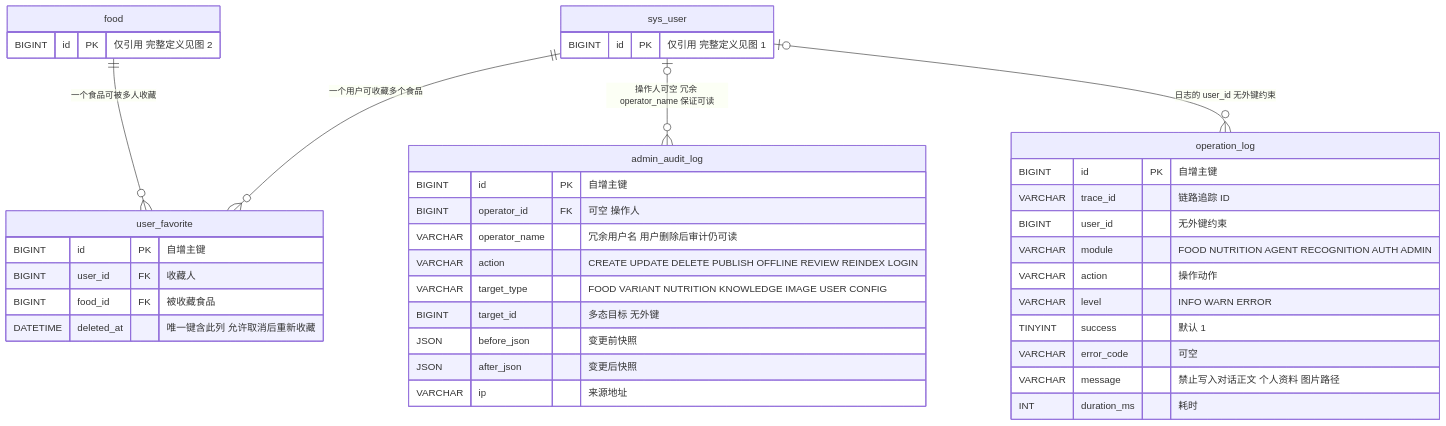
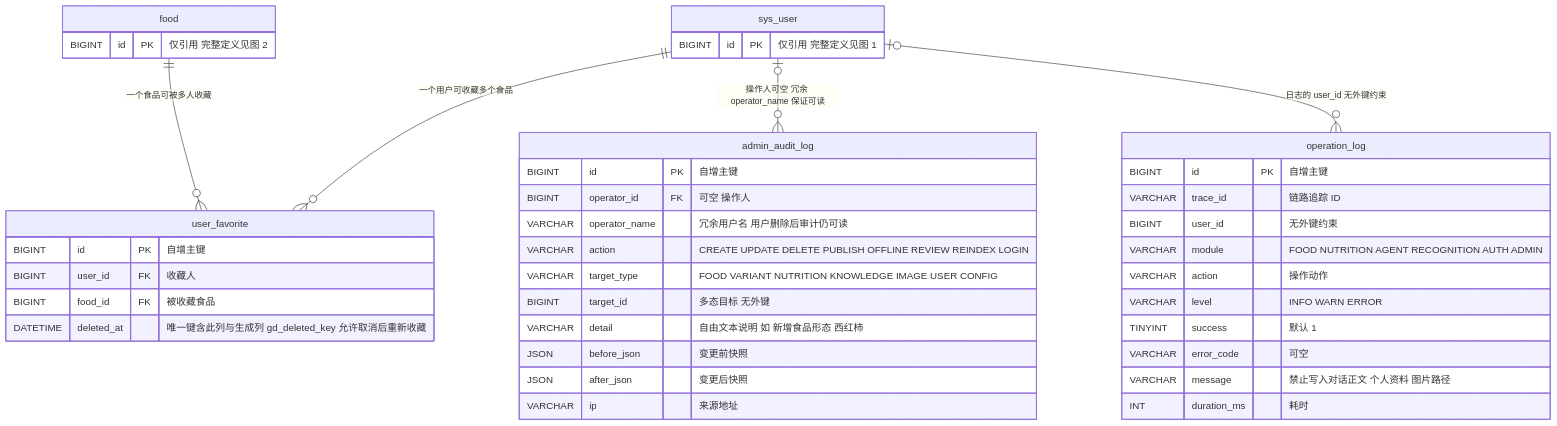
One commit to buxiangshuohua0724/nutrition-agent changed the sixth of 8 diagrams in docs/er-diagram.md. Above: the diagram before and after it, drawn with Mermaid. The commit also changed other lines of this file and 11 other files, not shown here.

Commit message:
docs: 按实测校正契约示例与 ER 图，并把知识引用守护扩展到 docId/chunkId 字段对

````diff
--- a/docs/er-diagram.md
+++ b/docs/er-diagram.md
@@ -359,42 +361,43 @@
 ```mermaid
 erDiagram
     sys_user {
         BIGINT id PK "仅引用 完整定义见图 1"
     }
     food {
         BIGINT id PK "仅引用 完整定义见图 2"
     }
     user_favorite {
         BIGINT id PK "自增主键"
         BIGINT user_id FK "收藏人"
         BIGINT food_id FK "被收藏食品"
-        DATETIME deleted_at "唯一键含此列 允许取消后重新收藏"
+        DATETIME deleted_at "唯一键含此列与生成列 gd_deleted_key 允许取消后重新收藏"
     }
     admin_audit_log {
         BIGINT id PK "自增主键"
         BIGINT operator_id FK "可空 操作人"
         VARCHAR operator_name "冗余用户名 用户删除后审计仍可读"
         VARCHAR action "CREATE UPDATE DELETE PUBLISH OFFLINE REVIEW REINDEX LOGIN"
         VARCHAR target_type "FOOD VARIANT NUTRITION KNOWLEDGE IMAGE USER CONFIG"
         BIGINT target_id "多态目标 无外键"
+        VARCHAR detail "自由文本说明 如 新增食品形态 西红柿"
         JSON before_json "变更前快照"
         JSON after_json "变更后快照"
         VARCHAR ip "来源地址"
     }
     operation_log {
         BIGINT id PK "自增主键"
         VARCHAR trace_id "链路追踪 ID"
         BIGINT user_id "无外键约束"
         VARCHAR module "FOOD NUTRITION AGENT RECOGNITION AUTH ADMIN"
         VARCHAR action "操作动作"
         VARCHAR level "INFO WARN ERROR"
         TINYINT success "默认 1"
         VARCHAR error_code "可空"
         VARCHAR message "禁止写入对话正文 个人资料 图片路径"
         INT duration_ms "耗时"
     }
     sys_user ||--o{ user_favorite : "一个用户可收藏多个食品"
     food ||--o{ user_favorite : "一个食品可被多人收藏"
     sys_user |o--o{ admin_audit_log : "操作人可空 冗余 operator_name 保证可读"
     sys_user |o--o{ operation_log : "日志的 user_id 无外键约束"
 ```
````
